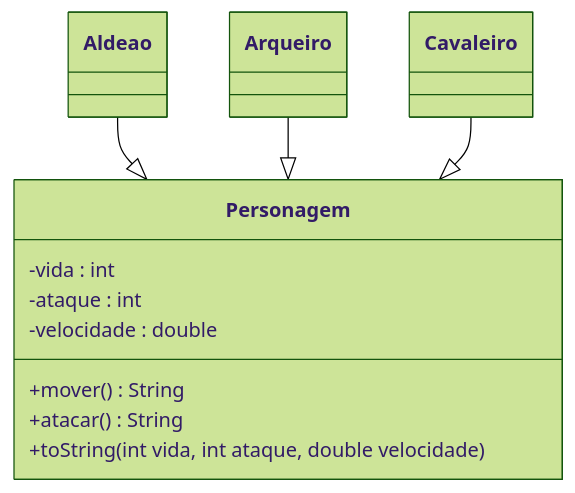
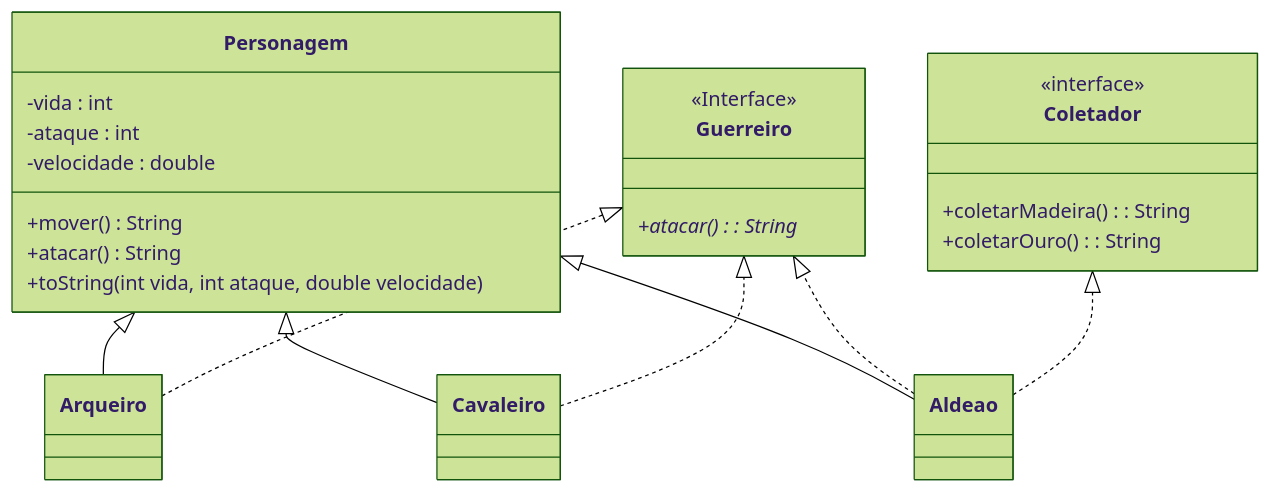
Before and after one commit to Mi-Claudino/POO2026: the diagram in JavaofEmpires/Readme.md, drawn with Mermaid (forest theme). The commit also changed 34 other files, not shown here.

````diff
--- a/JavaofEmpires/Readme.md
+++ b/JavaofEmpires/Readme.md
@@ -1,35 +1,50 @@
 ```mermaid
 classDiagram
+    direction BT
 
 class Personagem{
     -vida : int
     -ataque : int
     -velocidade : double
     +mover() String
     +atacar() String
     +toString(int vida, int ataque, double velocidade)
-    
-    
 }
+
+
 class Aldeao
 class Arqueiro 
 class Cavaleiro
+class Guerreiro{
+    <<Interface>>
+    +atacar()* : String
+}
+class Coletador{ 
+    <<interface>>
+    +coletarMadeira() : String
+    +coletarOuro() : String
+}
 
 
 Aldeao --|> Personagem
 Arqueiro --|> Personagem
 Cavaleiro --|> Personagem
 
+Cavaleiro ..|> Guerreiro
+Arqueiro ..|> Guerreiro 
+Aldeao ..|> Guerreiro
+
+Aldeao ..|> Coletador
 
 
 
 
 
 
 
 
 
 
 
 
 ```
````
